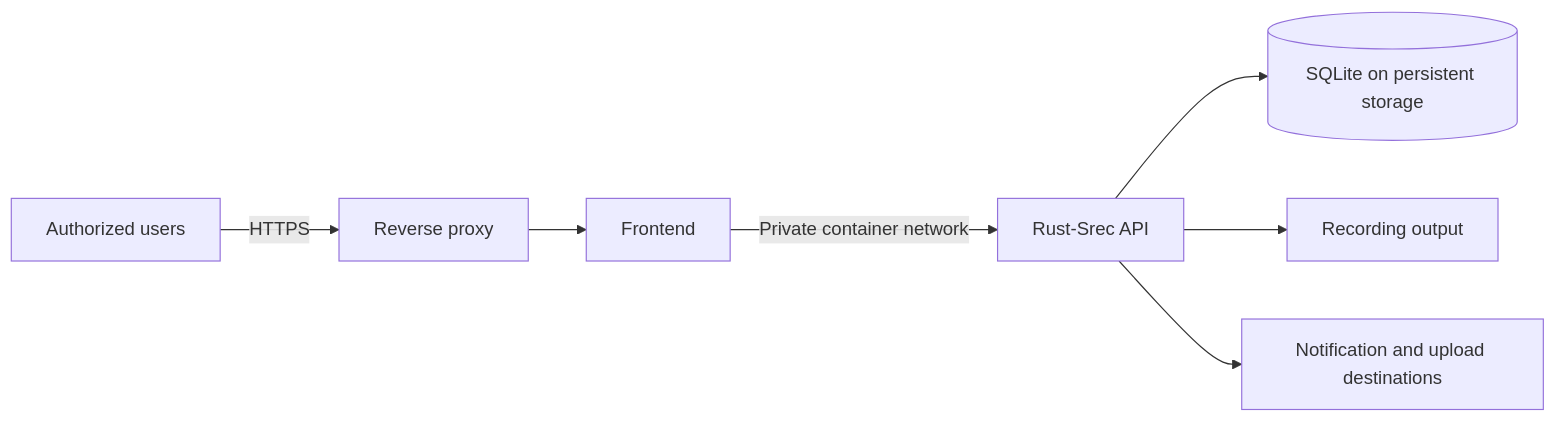
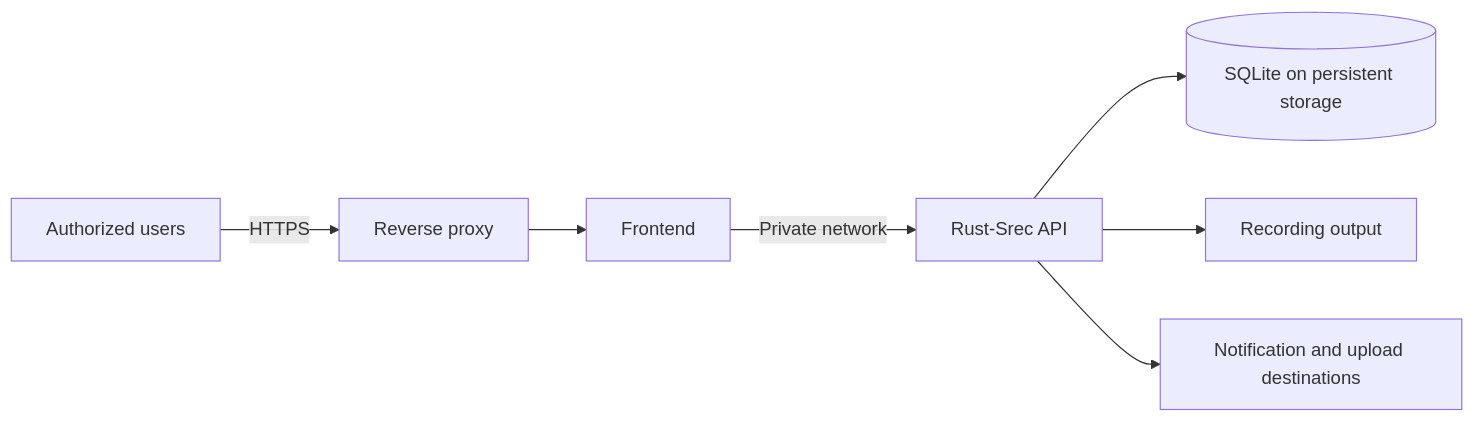
One commit to hua0512/rust-srec changed the diagram in rust-srec/docs/en/operations/production.md. Above: the diagram before and after it, drawn with Mermaid. The commit also changed other lines of this file and 31 other files, not shown here.

````diff
--- a/rust-srec/docs/en/operations/production.md
+++ b/rust-srec/docs/en/operations/production.md
@@ -7,9 +7,9 @@
 ```mermaid
 flowchart LR
   U[Authorized users] -->|HTTPS| P[Reverse proxy]
   P --> F[Frontend]
-  F -->|Private container network| B[Rust-Srec API]
+  F -->|Private network| B[Rust-Srec API]
   B --> D[(SQLite on persistent storage)]
   B --> O[Recording output]
   B --> N[Notification and upload destinations]
 ```
````
